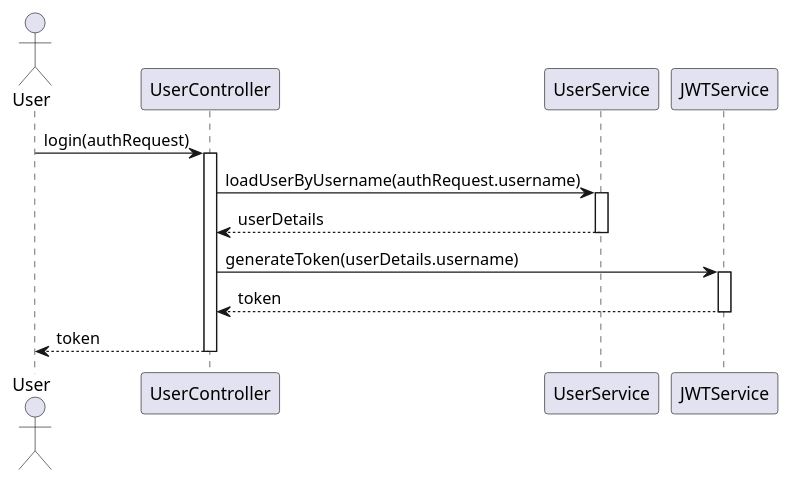
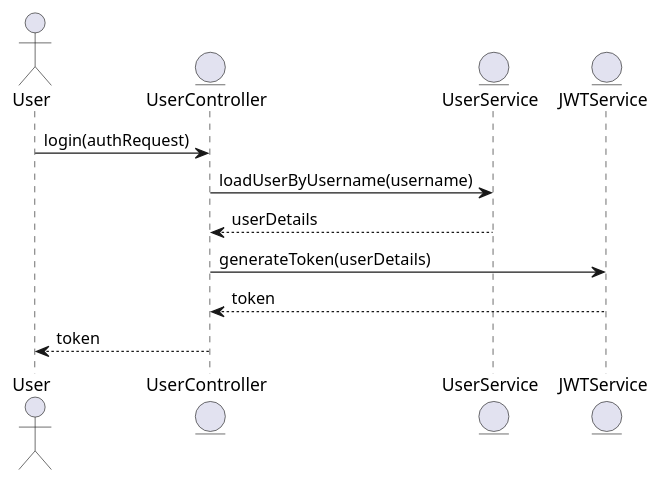
One commit to Dinesh-s95/AutoDoc.ai changed the second of 6 diagrams in identityprovider/documentation/detaileddesign.adoc. Above: the diagram before and after it, drawn with PlantUML. The commit also changed other lines of this file and 4 other files, not shown here.

```diff
--- a/identityprovider/documentation/detaileddesign.adoc
+++ b/identityprovider/documentation/detaileddesign.adoc
@@ -329,25 +316,16 @@
 [plantuml, authentication-login-flow, png]
 ----
 @startuml
 actor User
-participant UserController
-participant UserService
-participant JWTService
+entity UserController
+entity UserService
+entity JWTService
 
 User -> UserController : login(authRequest)
-activate UserController
-
-UserController -> UserService : loadUserByUsername(authRequest.username)
-activate UserService
+UserController -> UserService : loadUserByUsername(username)
 UserService --> UserController : userDetails
-deactivate UserService
-
-UserController -> JWTService : generateToken(userDetails.username)
-activate JWTService
+UserController -> JWTService : generateToken(userDetails)
 JWTService --> UserController : token
-deactivate JWTService
-
 UserController --> User : token
-deactivate UserController
 @enduml
 ----
```
